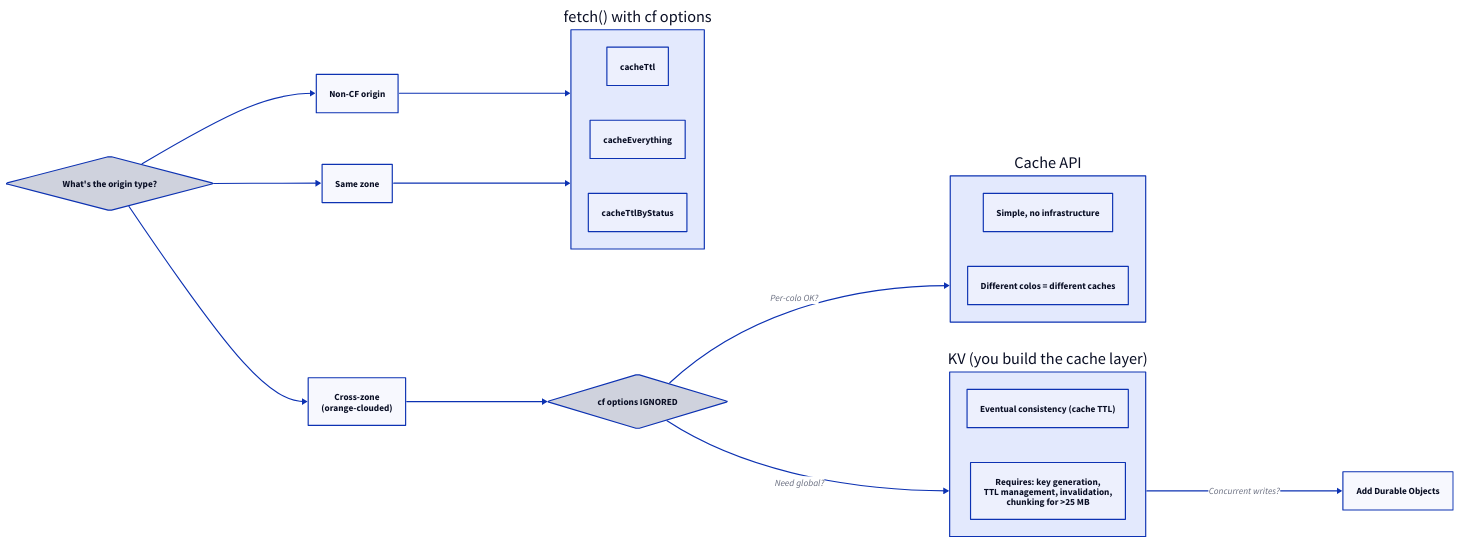
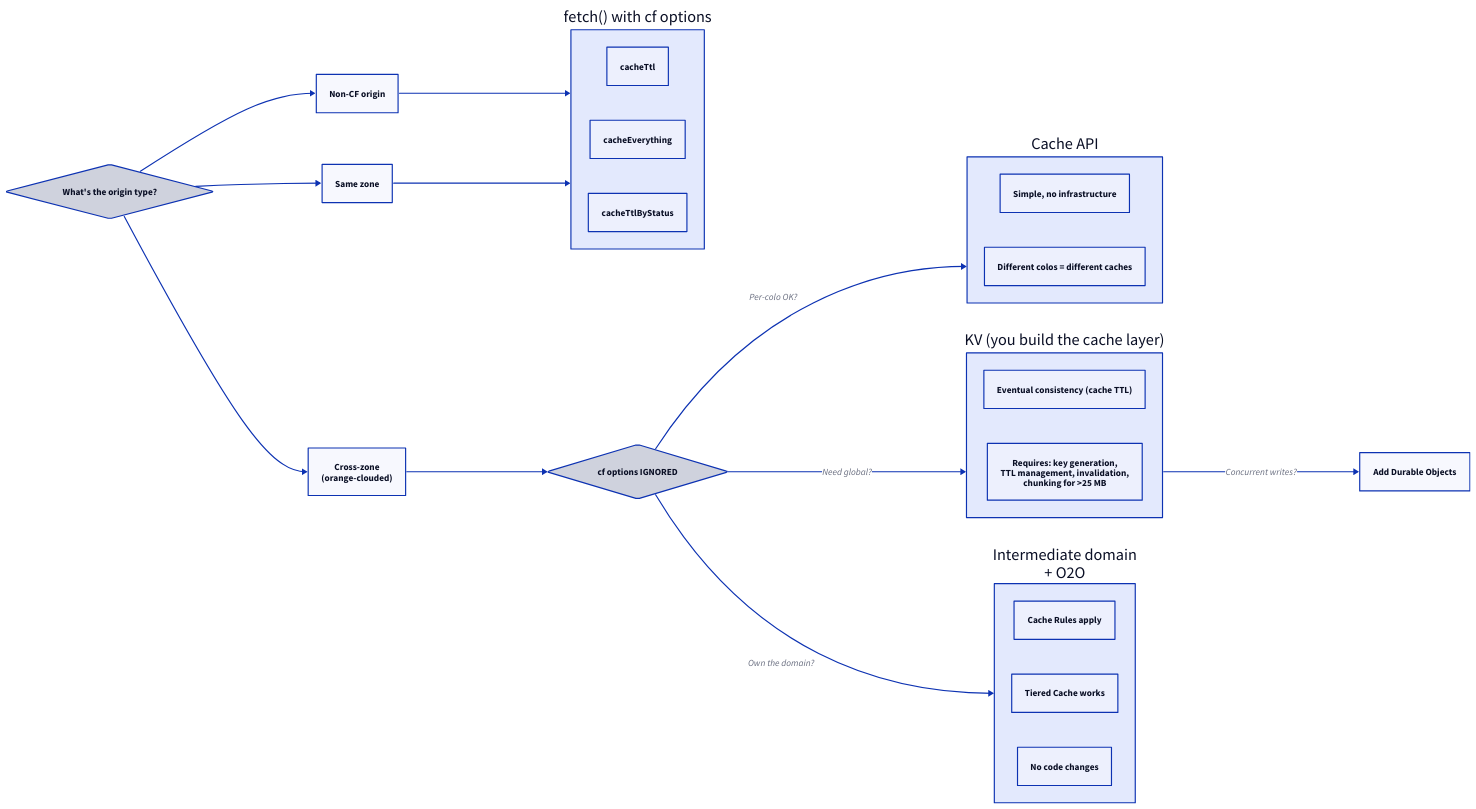
One commit to erfianugrah/lexicanum changed the first of 7 diagrams in src/content/docs/reference/caching.mdx. Above: the diagram before and after it, drawn with D2. The commit also changed other lines of this file, not shown here.

First line of the commit message:
docs: add intermediate domain + O2O cross-zone caching pattern

````diff
--- a/src/content/docs/reference/caching.mdx
+++ b/src/content/docs/reference/caching.mdx
@@ -17,47 +17,54 @@
 ```d2
 direction: right
 
 origin: What's the origin type? {
   shape: diamond
 }
 
 non-cf: Non-CF origin
 same-zone: Same zone
 cross-zone: Cross-zone\n(orange-clouded)
 
 cf-options: fetch() with cf options {
   cacheTtl
   cacheEverything
   cacheTtlByStatus
 }
 
 ignored: cf options IGNORED {
   shape: diamond
 }
 
 cache-api: Cache API {
   simple: Simple, no infrastructure
   per-colo: Different colos = different caches
 }
 
 kv: KV (you build the cache layer) {
   consistency: Eventual consistency (cache TTL)
   requires: "Requires: key generation,\nTTL management, invalidation,\nchunking for >25 MB"
 }
 
 do: Add Durable Objects
 
 origin -> non-cf
 origin -> same-zone
 origin -> cross-zone
 
 non-cf -> cf-options
 same-zone -> cf-options
 
 cross-zone -> ignored
 
+ignored -> o2o: Own the domain?
 ignored -> cache-api: Per-colo OK?
 ignored -> kv: Need global?
 
+o2o: Intermediate domain\n+ O2O {
+  rules: Cache Rules apply
+  tiered: Tiered Cache works
+  no-code: No code changes
+}
+
 kv -> do: Concurrent writes?
 ```
````
